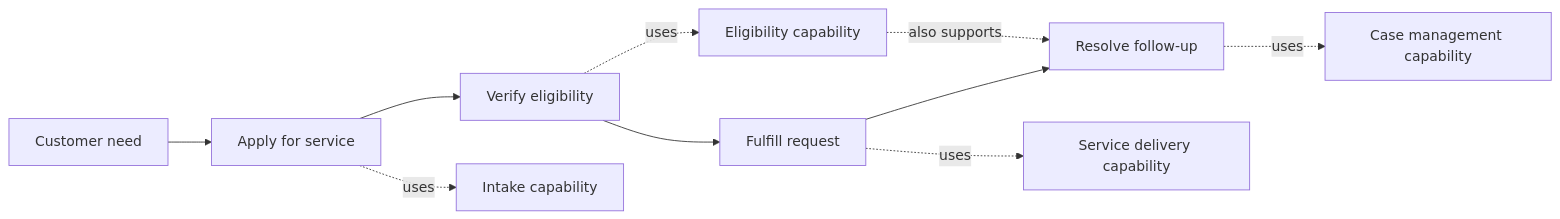
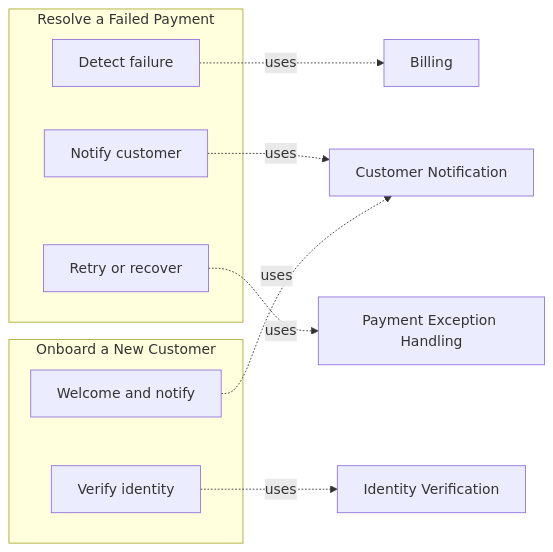
The fourth of 9 diagrams in 18_Enterprise_Architecture/CH04_Business_Architecture.md (joydasss/Architect), drawn with Mermaid before and after one commit. The commit also changed other lines of this file and 22 other files, not shown here.

Commit message:
Architecture changes

````diff
--- a/18_Enterprise_Architecture/CH04_Business_Architecture.md
+++ b/18_Enterprise_Architecture/CH04_Business_Architecture.md
@@ -30,12 +213,17 @@
 ```mermaid
 flowchart LR
-    Need[Customer need] --> Apply[Apply for service]
-    Apply --> Verify[Verify eligibility]
-    Verify --> Fulfill[Fulfill request]
-    Fulfill --> Support[Resolve follow-up]
-    Apply -. uses .-> Intake[Intake capability]
-    Verify -. uses .-> Decision[Eligibility capability]
-    Fulfill -. uses .-> Delivery[Service delivery capability]
-    Support -. uses .-> Case[Case management capability]
-    Decision -. also supports .-> Support
+    subgraph VS1[Resolve a Failed Payment]
+        A1[Detect failure]
+        A2[Notify customer]
+        A3[Retry or recover]
+    end
+    subgraph VS2[Onboard a New Customer]
+        B1[Verify identity]
+        B2[Welcome and notify]
+    end
+    A1 -. uses .-> Billing[Billing]
+    A2 -. uses .-> Notify[Customer Notification]
+    B2 -. uses .-> Notify
+    A3 -. uses .-> Exception[Payment Exception Handling]
+    B1 -. uses .-> Identity[Identity Verification]
 ```
````
